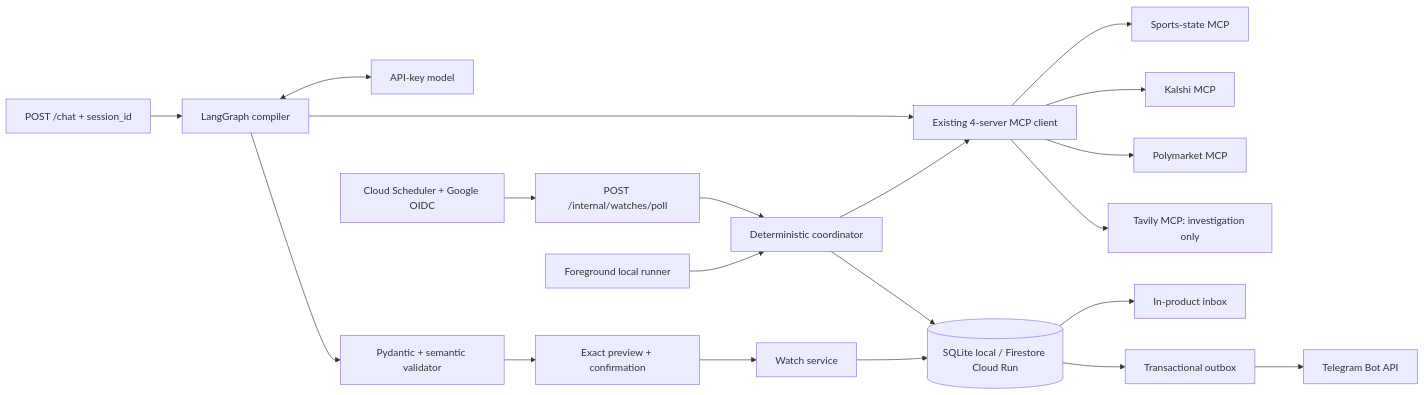
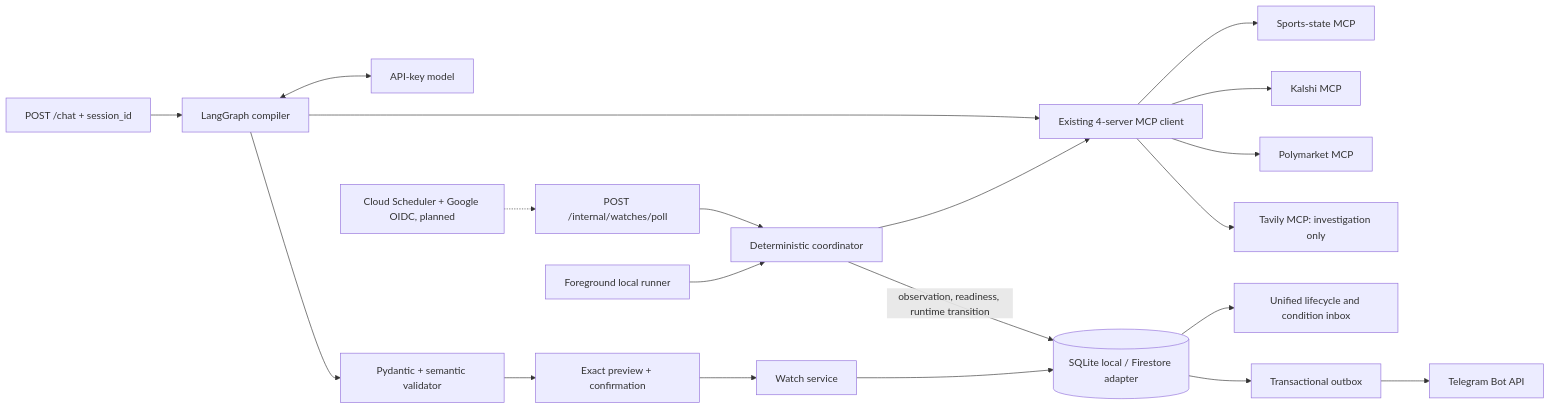
Before and after one commit to waderylan/prediction-market-agent: the first of 3 diagrams in docs/research/WATCH_MONITORING_AND_ALERTS.md, drawn with Mermaid. The commit also changed other lines of this file and 24 other files, not shown here.

````diff
--- a/docs/research/WATCH_MONITORING_AND_ALERTS.md
+++ b/docs/research/WATCH_MONITORING_AND_ALERTS.md
@@ -17,22 +17,22 @@
 ```mermaid
 flowchart LR
     C[POST /chat + session_id] --> G[LangGraph compiler]
     G <--> L[API-key model]
     G --> M[Existing 4-server MCP client]
     M --> S[Sports-state MCP]
     M --> K[Kalshi MCP]
     M --> P[Polymarket MCP]
     M --> T[Tavily MCP: investigation only]
     G --> V[Pydantic + semantic validator]
     V --> X[Exact preview + confirmation]
     X --> R[Watch service]
-    R --> DB[(SQLite local / Firestore Cloud Run)]
-    CS[Cloud Scheduler + Google OIDC] --> E[POST /internal/watches/poll]
+    R --> DB[(SQLite local / Firestore adapter)]
+    CS[Cloud Scheduler + Google OIDC, planned] -.-> E[POST /internal/watches/poll]
     LR[Foreground local runner] --> CO[Deterministic coordinator]
     E --> CO
     CO --> M
-    CO --> DB
-    DB --> I[In-product inbox]
+    CO -->|observation, readiness, runtime transition| DB
+    DB --> I[Unified lifecycle and condition inbox]
     DB --> O[Transactional outbox]
     O --> TG[Telegram Bot API]
 ```
````
